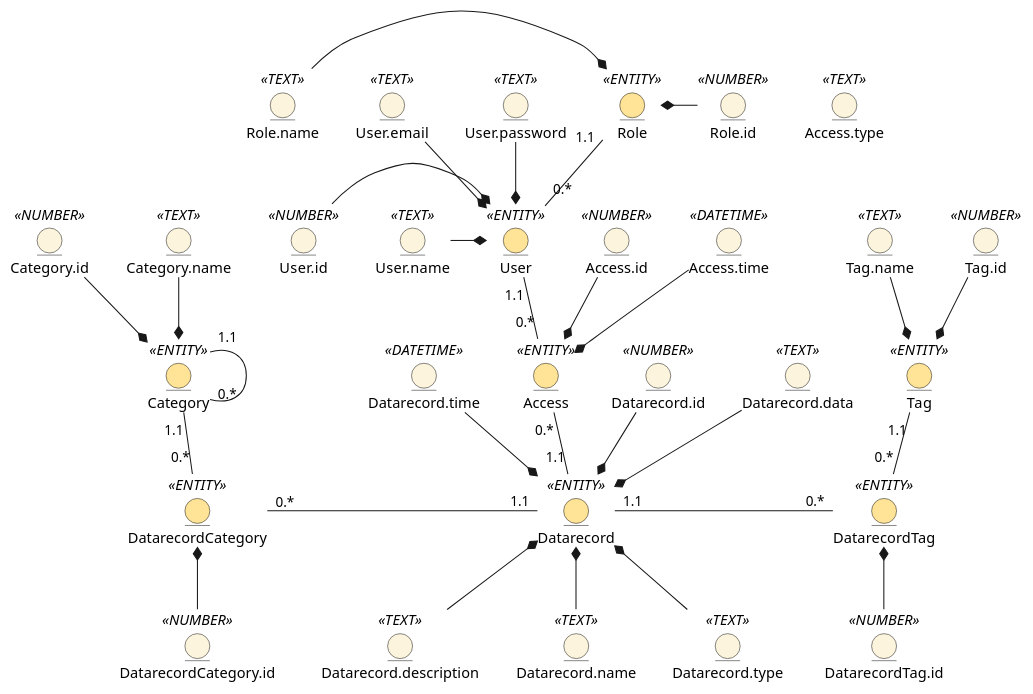
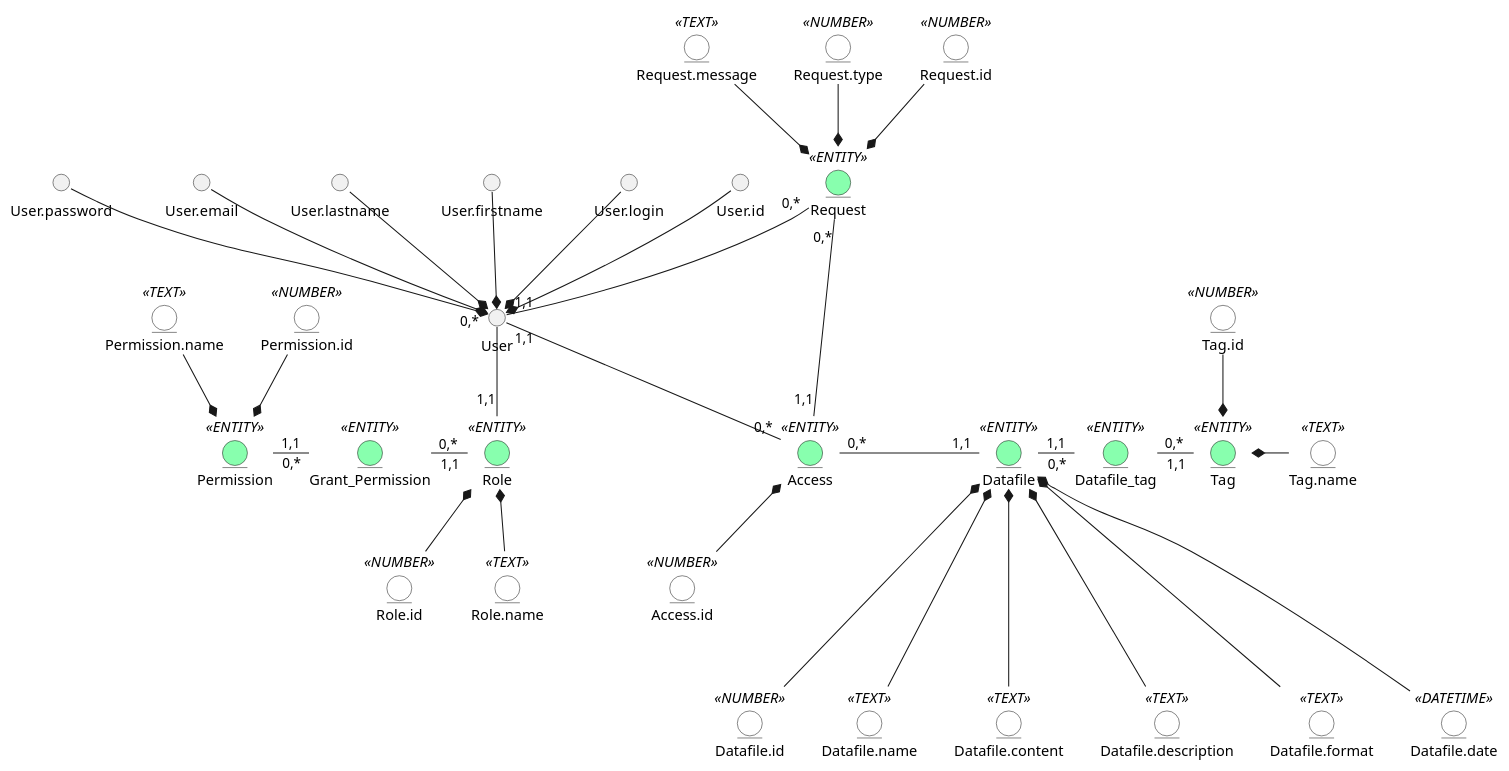
One commit to sashko2004-57/coursework-databases changed the first of 2 diagrams in docs/design/README.md. Above: the diagram before and after it, drawn with PlantUML. The commit also changed other lines of this file, not shown here.

```diff
--- a/docs/design/README.md
+++ b/docs/design/README.md
@@ -10,69 +12,80 @@
-@startuml
+@startuml entity User <> #88FFAE entity User.id <> #FFFFFF entity User.login <> #FFFFFF entity User.firstname <> #FFFFFF entity User.lastname <> #FFFFFF entity User.email <> #FFFFFF entity User.password <> #FFFFFF
 
-entity User <<ENTITY>> #ffe396
-entity User.id <<NUMBER>> #fcf4dc
-entity User.name <<TEXT>> #fcf4dc
-entity User.email <<TEXT>> #fcf4dc
-entity User.password <<TEXT>> #fcf4dc
-User.id -r-* User
-User.name -r-* User
-User.email --* User
-User.password --* User
+entity Role <<ENTITY>> #88FFAE
+entity Role.id <<NUMBER>> #FFFFFF
+entity Role.name <<TEXT>> #FFFFFF
 
-entity Role <<ENTITY>> #ffe396
-entity Role.id <<NUMBER>> #fcf4dc
-entity Role.name <<TEXT>> #fcf4dc
-Role.id -l-* Role
-Role.name -r-* Role
+entity Permission <<ENTITY>> #88FFAE
+entity Permission.id <<NUMBER>> #FFFFFF
+entity Permission.name <<TEXT>> #FFFFFF
 
-entity Datarecord <<ENTITY>> #ffe396
-entity Datarecord.id <<NUMBER>> #fcf4dc
-entity Datarecord.name <<TEXT>> #fcf4dc
-entity Datarecord.data <<TEXT>> #fcf4dc
-entity Datarecord.type <<TEXT>> #fcf4dc
-entity Datarecord.time <<DATETIME>> #fcf4dc
-entity Datarecord.description <<TEXT>> #fcf4dc
-Datarecord.id -d-* Datarecord
-Datarecord.name -u-* Datarecord
-Datarecord.data -d-* Datarecord
-Datarecord.type -u-* Datarecord
-Datarecord.time -d-* Datarecord
-Datarecord.description -u-* Datarecord
+entity Grant_Permission <<ENTITY>> #88FFAE
 
-entity Access <<ENTITY>> #ffe396
-entity Access.id <<NUMBER>> #fcf4dc
-entity Access.time <<DATETIME>> #fcf4dc
-entity Access.type <<TEXT>> #fcf4dc
-Access.id --* Access
-Access.time --* Access
+entity Request <<ENTITY>> #88FFAE
+entity Request.id <<NUMBER>> #FFFFFF
+entity Request.type <<NUMBER>> #FFFFFF
+entity Request.message <<TEXT>> #FFFFFF
 
-entity Tag <<ENTITY>> #ffe396
-entity Tag.id <<NUMBER>> #fcf4dc
-entity Tag.name <<TEXT>> #fcf4dc
-Tag.id --* Tag
-Tag.name --* Tag
+entity Access <<ENTITY>> #88FFAE
+entity Access.id <<NUMBER>> #FFFFFF
 
-entity Category <<ENTITY>> #ffe396
-entity Category.id <<NUMBER>> #fcf4dc
-entity Category.name <<TEXT>> #fcf4dc
-Category.id --* Category
-Category.name --* Category
+entity Datafile <<ENTITY>> #88FFAE
+entity Datafile.id <<NUMBER>> #FFFFFF
+entity Datafile.name <<TEXT>> #FFFFFF
+entity Datafile.content <<TEXT>> #FFFFFF
+entity Datafile.description <<TEXT>> #FFFFFF
+entity Datafile.format <<TEXT>> #FFFFFF
+entity Datafile.date <<DATETIME>> #FFFFFF
 
-entity DatarecordTag <<ENTITY>> #ffe396
-entity DatarecordTag.id <<NUMBER>> #fcf4dc
-DatarecordTag.id -u-* DatarecordTag
+entity Tag <<ENTITY>> #88FFAE
+entity Tag.id <<NUMBER>> #FFFFFF
+entity Tag.name <<TEXT>> #FFFFFF
 
-entity DatarecordCategory <<ENTITY>> #ffe396
-entity DatarecordCategory.id <<NUMBER>> #fcf4dc
-DatarecordCategory.id -u-* DatarecordCategory
+entity Datafile_tag <<ENTITY>> #88FFAE
 
-Role "1.1"-d-"0.*" User
-User "1.1"--"0.*" Access
-Access "0.*"--"1.1" Datarecord
-Tag "1.1"-d-"0.*" DatarecordTag
-DatarecordTag "0.*"-l-"1.1" Datarecord
-Category "1.1"-d-"0.*" DatarecordCategory
-DatarecordCategory "0.*"-r-"1.1" Datarecord
-Category "1.1"--"0.*" Category
+User *-u- User.id
+User *-u- User.login
+User *-u- User.firstname
+User *-u- User.lastname
+User *-u- User.email
+User *-u- User.password
+
+Role *-d- Role.id
+Role *-d- Role.name
+
+Permission *-u- Permission.id
+Permission *-u- Permission.name
+
+Request *-u- Request.id
+Request *-u- Request.type
+Request *-u- Request.message
+
+Access *-d- Access.id
+
+Datafile *-d-- Datafile.id
+Datafile *-d-- Datafile.name
+Datafile *-d-- Datafile.content
+Datafile *-d-- Datafile.date
+Datafile *-d-- Datafile.description
+Datafile *-d-- Datafile.format
+
+Tag *-u- Tag.id
+Tag *-r- Tag.name
+
+User "0,*"-d-"1,1" Role
+
+Permission "1,1"-r-"0,*" Grant_Permission
+Grant_Permission "0,*"-r-"1,1" Role
+
+User "1,1"-d-"0,*" Access
+
+User "1,1"-u-"0,*" Request
+
+Request "0,*"-r-"1,1" Access
+
+Access "0,*"-r-"1,1" Datafile
+
+Datafile "1,1"-r-"0,*" Datafile_tag
+Datafile_tag "0,*"-r-"1,1" Tag
 
 @enduml
```
